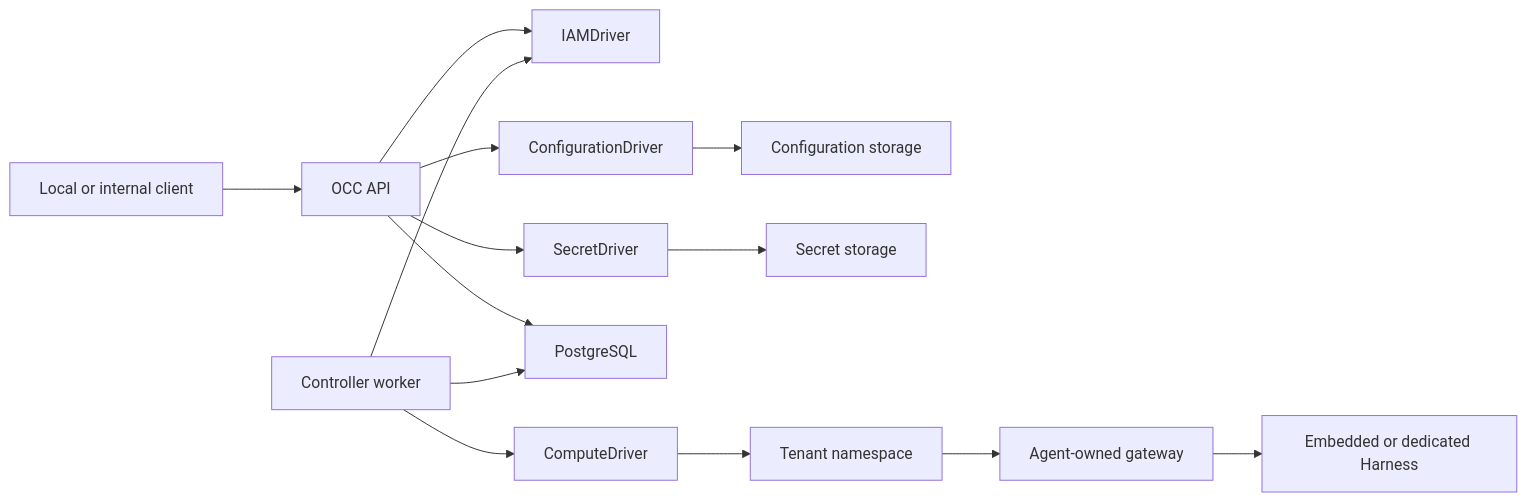
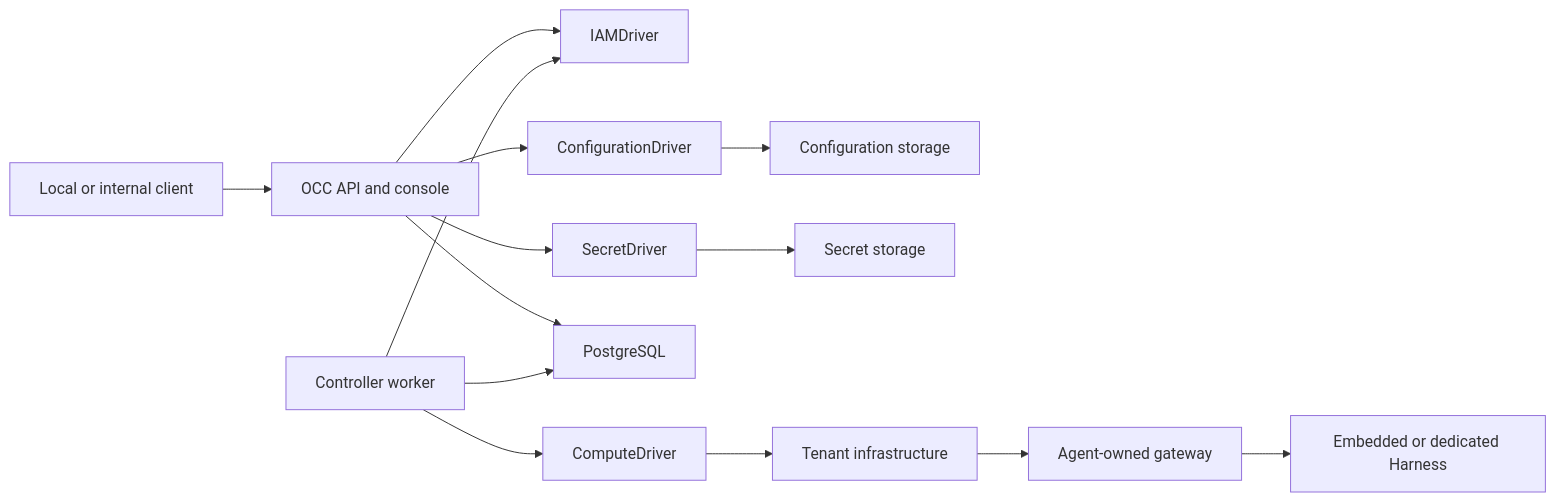
Before and after one commit to IsaiahStapleton/openclaw-enterprise: the diagram in docs/ARCHITECTURE.md, drawn with Mermaid. The commit also changed other lines of this file and 10 other files, not shown here.

````diff
--- a/docs/ARCHITECTURE.md
+++ b/docs/ARCHITECTURE.md
@@ -21,18 +14,16 @@
 ```mermaid
 flowchart LR
-    Client["Local or internal client"] --> API["OCC API"]
+    Client["Local or internal client"] --> API["OCC API and console"]
     API --> IAM["IAMDriver"]
     API --> Config["ConfigurationDriver"]
     API --> Secret["SecretDriver"]
     API --> DB["PostgreSQL"]
-
     Worker["Controller worker"] --> DB
     Worker --> IAM
     Worker --> Compute["ComputeDriver"]
-
     Config --> ConfigStore["Configuration storage"]
     Secret --> SecretStore["Secret storage"]
-    Compute --> Namespace["Tenant namespace"]
+    Compute --> Namespace["Tenant infrastructure"]
     Namespace --> Gateway["Agent-owned gateway"]
     Gateway --> Harness["Embedded or dedicated Harness"]
 ```
````
